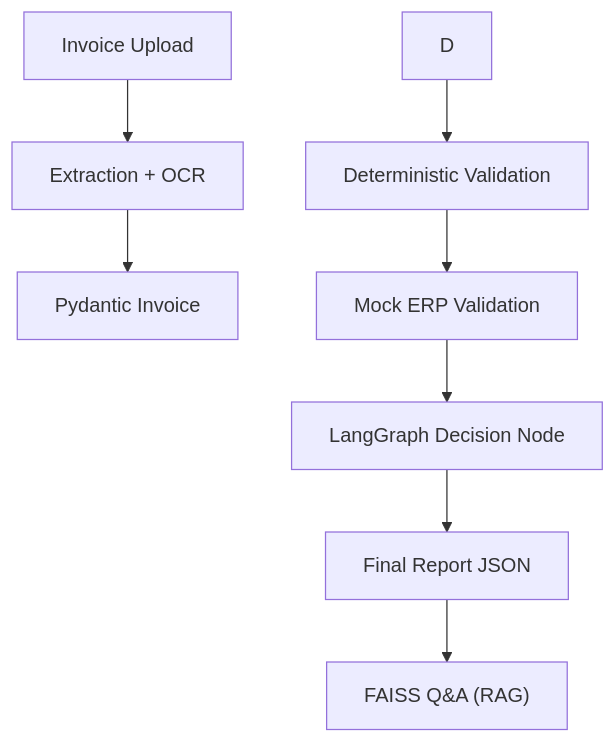
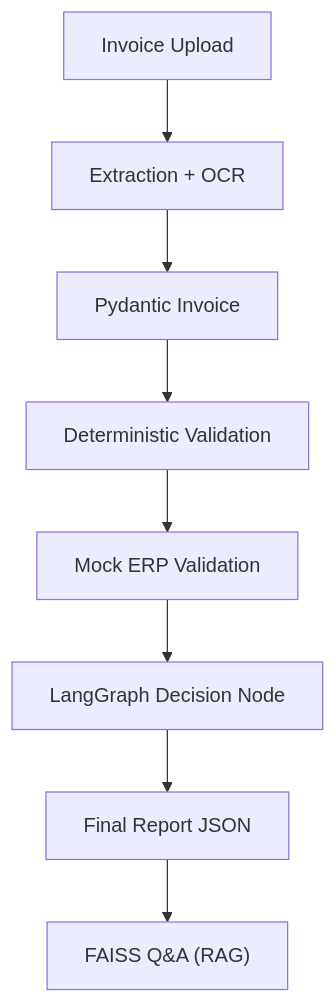
One commit to Dinesh-Reddy10/AI-Invoice-Auditor changed the diagram in README.md. Above: the diagram before and after it, drawn with Mermaid.

Commit message:
Docs: Fix Mermaid graph linking

````diff
--- a/README.md
+++ b/README.md
@@ -18,10 +18,10 @@
 ```mermaid
 graph TD
     A["Invoice Upload"] --> B["Extraction + OCR"]
     B --> C["Pydantic Invoice"]
-    D --> E["Deterministic Validation"]
+    C --> E["Deterministic Validation"]
     E --> F["Mock ERP Validation"]
     F --> G["LangGraph Decision Node"]
     G --> H["Final Report JSON"]
     H --> I["FAISS Q&A (RAG)"]
 ```
````
